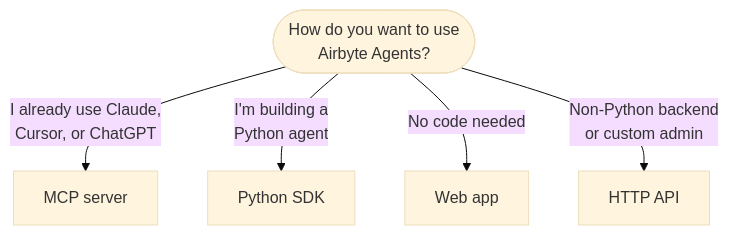
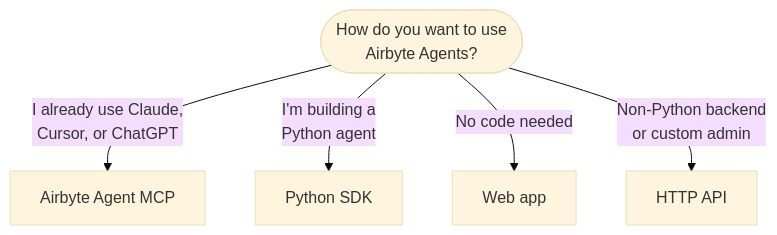
Before and after one commit to airbytehq/airbyte: the diagram in docs/ai-agents/get-started/choose-how-to-use.md, drawn with Mermaid (base theme). The commit also changed other lines of this file and 18 other files, not shown here.

Commit message:
docs(ai-agents): rename MCP server to Airbyte Agent MCP across ai-agents docs

````diff
--- a/docs/ai-agents/get-started/choose-how-to-use.md
+++ b/docs/ai-agents/get-started/choose-how-to-use.md
@@ -13,13 +13,13 @@
 ```mermaid
 flowchart TD
     START(["How do you want to use<br/>Airbyte Agents?"])
-    START -->|"I already use Claude,<br/>Cursor, or ChatGPT"| MCP["MCP server"]
+    START -->|"I already use Claude,<br/>Cursor, or ChatGPT"| MCP["Airbyte Agent MCP"]
     START -->|"I'm building a<br/>Python agent"| SDK["Python SDK"]
     START -->|"No code needed"| WEB["Web app"]
     START -->|"Non-Python backend<br/>or custom admin"| API["HTTP API"]
 
-    click MCP "#mcp-server"
+    click MCP "#airbyte-agent-mcp"
     click SDK "#python-sdk"
     click WEB "#web-app-research-preview"
     click API "#http-api"
 ```
````
